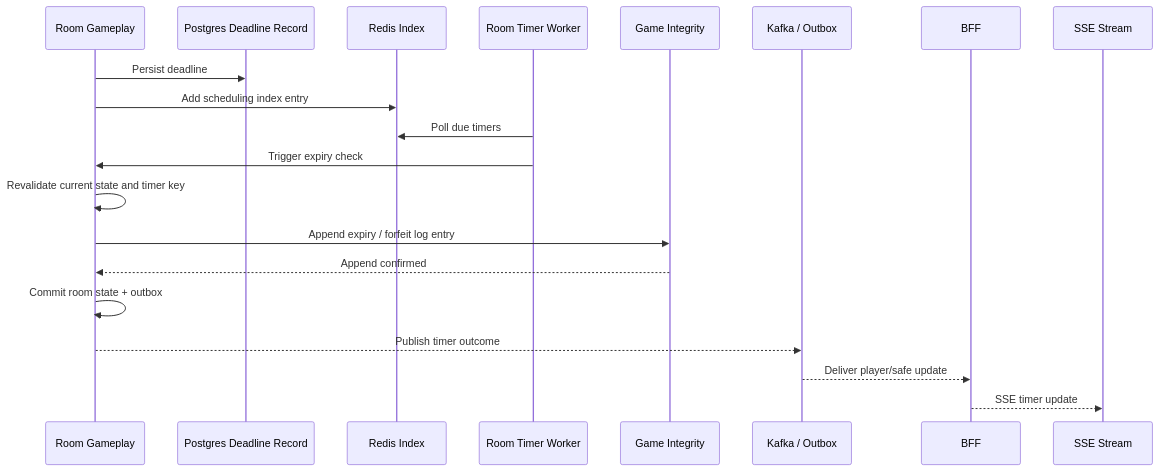
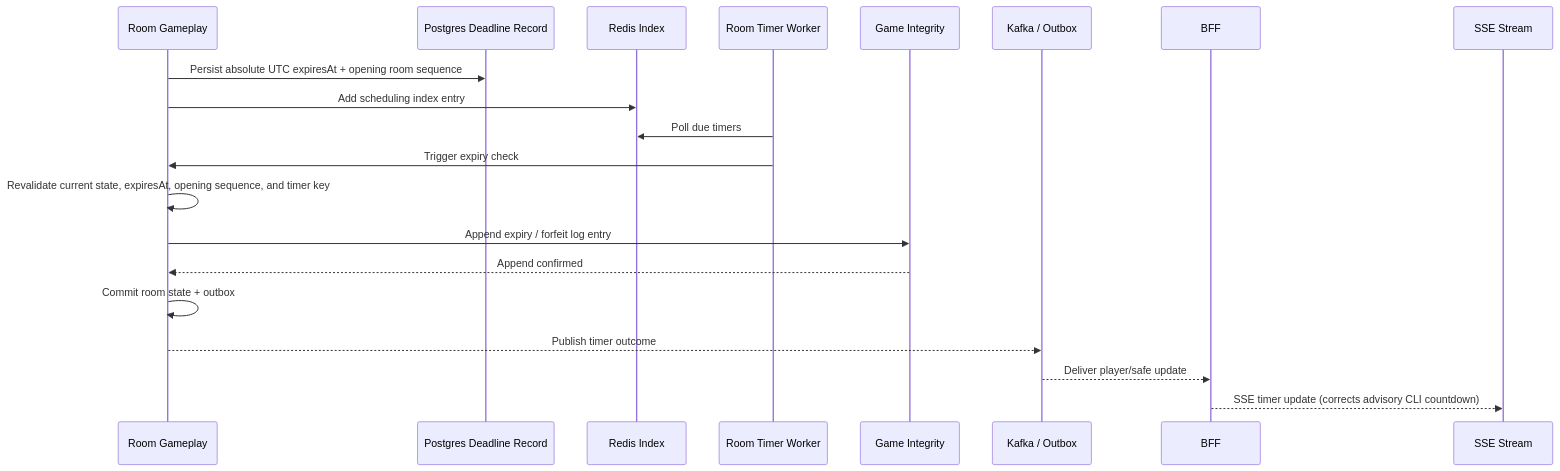
The fourth of 6 diagrams in docs/architecture/07-sequence-diagrams.md (FSendot/uno-arena), drawn with Mermaid before and after one commit. The commit also changed other lines of this file and 290 other files, not shown here.

Commit message:
feat: implement UnoArena capability architecture and CLI

````diff
--- a/docs/architecture/07-sequence-diagrams.md
+++ b/docs/architecture/07-sequence-diagrams.md
@@ -70,23 +77,23 @@
 ```mermaid
 sequenceDiagram
     participant R as Room Gameplay
     participant D as Postgres Deadline Record
     participant X as Redis Index
     participant W as Room Timer Worker
     participant G as Game Integrity
     participant K as Kafka / Outbox
     participant B as BFF
     participant S as SSE Stream
 
-    R->>D: Persist deadline
+    R->>D: Persist absolute UTC expiresAt + opening room sequence
     R->>X: Add scheduling index entry
     W->>X: Poll due timers
     W->>R: Trigger expiry check
-    R->>R: Revalidate current state and timer key
+    R->>R: Revalidate current state, expiresAt, opening sequence, and timer key
     R->>G: Append expiry / forfeit log entry
     G-->>R: Append confirmed
     R->>R: Commit room state + outbox
     R-->>K: Publish timer outcome
     K-->>B: Deliver player/safe update
-    B-->>S: SSE timer update
+    B-->>S: SSE timer update (corrects advisory CLI countdown)
 ```
````
